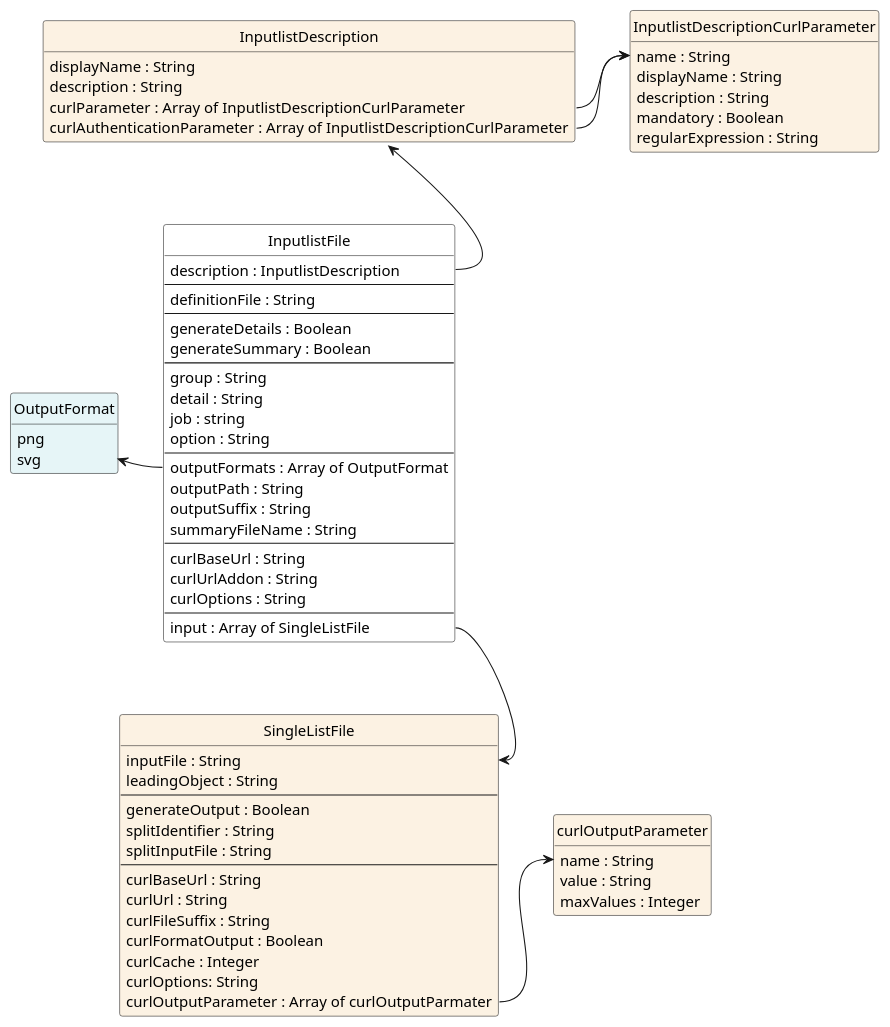
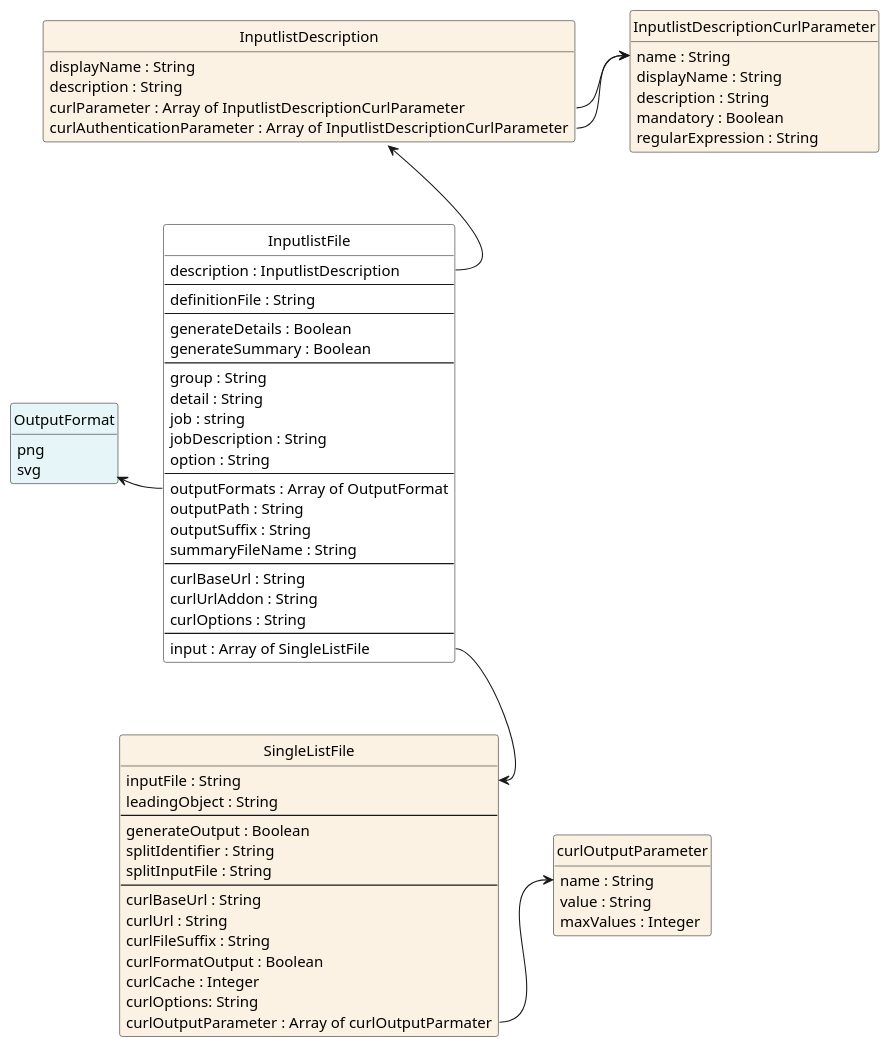
The diagram in documentation/models/listfile/listfile.puml (jfudickar/json2puml), drawn with PlantUML before and after one commit. The commit also changed 3 other files, not shown here.

```diff
--- a/documentation/models/listfile/listfile.puml
+++ b/documentation/models/listfile/listfile.puml
@@ -1,89 +1,90 @@
 @startuml
 hide circle
 hide methods
 hide stereotype
 'skinparam linetype polyline
 show <<Enumeration>> stereotype
 skinparam class {
    BackgroundColor<<Enumeration>> #E6F5F7
    BackgroundColor<<Ref>> #FFFFE0
    BackgroundColor<<Pivot>> #FFFFFFF
    BackgroundColor #FCF2E3
 }
 
 class OutputFormat <<Enumeration>> {
     png
     svg
 }
 
 class InputlistDescription {
     displayName : String
     description : String
     curlParameter : Array of InputlistDescriptionCurlParameter
     curlAuthenticationParameter : Array of InputlistDescriptionCurlParameter
 }
 
 class InputlistDescriptionCurlParameter {
     name : String
     displayName : String
     description : String
     mandatory : Boolean
     regularExpression : String
 }
 
 class InputlistFile  <<Pivot>> {
   description : InputlistDescription
   --
   definitionFile : String
   --
   generateDetails : Boolean 
   generateSummary : Boolean
   --
   group : String
   detail : String
   job : string
+  jobDescription : String
   option : String
   --
   outputFormats : Array of OutputFormat 
   outputPath : String
   outputSuffix : String
   summaryFileName : String
   --
   curlBaseUrl : String
   curlUrlAddon : String 
   curlOptions : String
   --
   input : Array of SingleListFile
 }
 
 class curlOutputParameter {
     name : String
     value : String
     maxValues : Integer
 }
 
 class SingleListFile {
     inputFile : String
     leadingObject : String
     ---
 	generateOutput : Boolean
     splitIdentifier : String
     splitInputFile : String
     ---
     curlBaseUrl : String
     curlUrl : String
     curlFileSuffix : String
     curlFormatOutput : Boolean
 	curlCache : Integer
     curlOptions: String
 	curlOutputParameter : Array of curlOutputParmater
 }
 
 InputlistFile::input --> SingleListFile::inputFile
 InputlistFile::outputFormats -left-> OutputFormat
 InputlistFile::description -up-> InputlistDescription
 InputlistDescription::curlParameter -right-> InputlistDescriptionCurlParameter::name
 InputlistDescription::curlAuthenticationParameter -right-> InputlistDescriptionCurlParameter::name
 SingleListFile::curlOutputParameter -right-> curlOutputParameter::name
 
 @enduml
```
